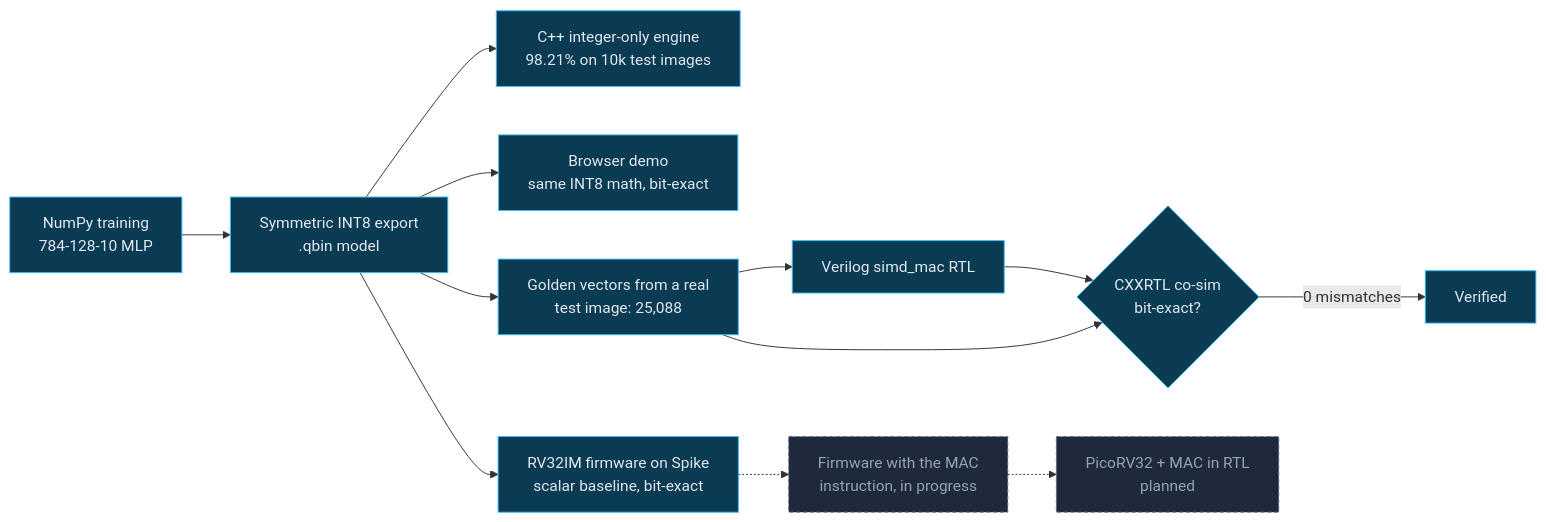
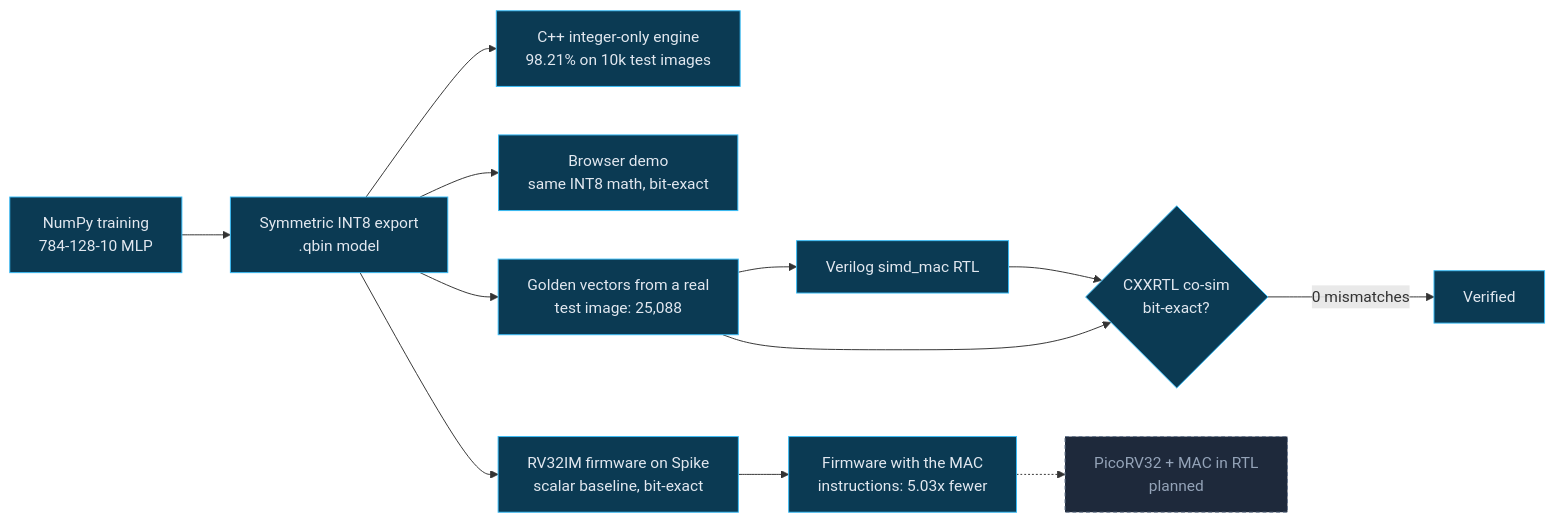
Before and after one commit to sajedulislam5840/riscv-edge-ai: the first of 5 diagrams in README.md, drawn with Mermaid. The commit also changed other lines of this file and 5 other files, not shown here.

````diff
--- a/README.md
+++ b/README.md
@@ -47,19 +48,19 @@
 ```mermaid
 flowchart LR
     A["NumPy training<br/>784-128-10 MLP"] --> B["Symmetric INT8 export<br/>.qbin model"]
     B --> C["C++ integer-only engine<br/>98.21% on 10k test images"]
     B --> F["Browser demo<br/>same INT8 math, bit-exact"]
     B --> D["Golden vectors from a real<br/>test image: 25,088"]
     D --> E["Verilog simd_mac RTL"]
     E --> G{"CXXRTL co-sim<br/>bit-exact?"}
     D --> G
     G -->|"0 mismatches"| H["Verified"]
     B --> I["RV32IM firmware on Spike<br/>scalar baseline, bit-exact"]
-    I -.-> J2["Firmware with the MAC<br/>instruction, in progress"]
+    I --> J2["Firmware with the MAC<br/>instructions: 5.03x fewer"]
     J2 -.-> J["PicoRV32 + MAC in RTL<br/>planned"]
 
     classDef done fill:#0b3a53,stroke:#38bdf8,color:#e2e8f0
     classDef todo fill:#1e293b,stroke:#64748b,color:#94a3b8,stroke-dasharray:4 3
-    class A,B,C,D,E,F,G,H,I done
-    class J2,J todo
+    class A,B,C,D,E,F,G,H,I,J2 done
+    class J todo
 ```
````
